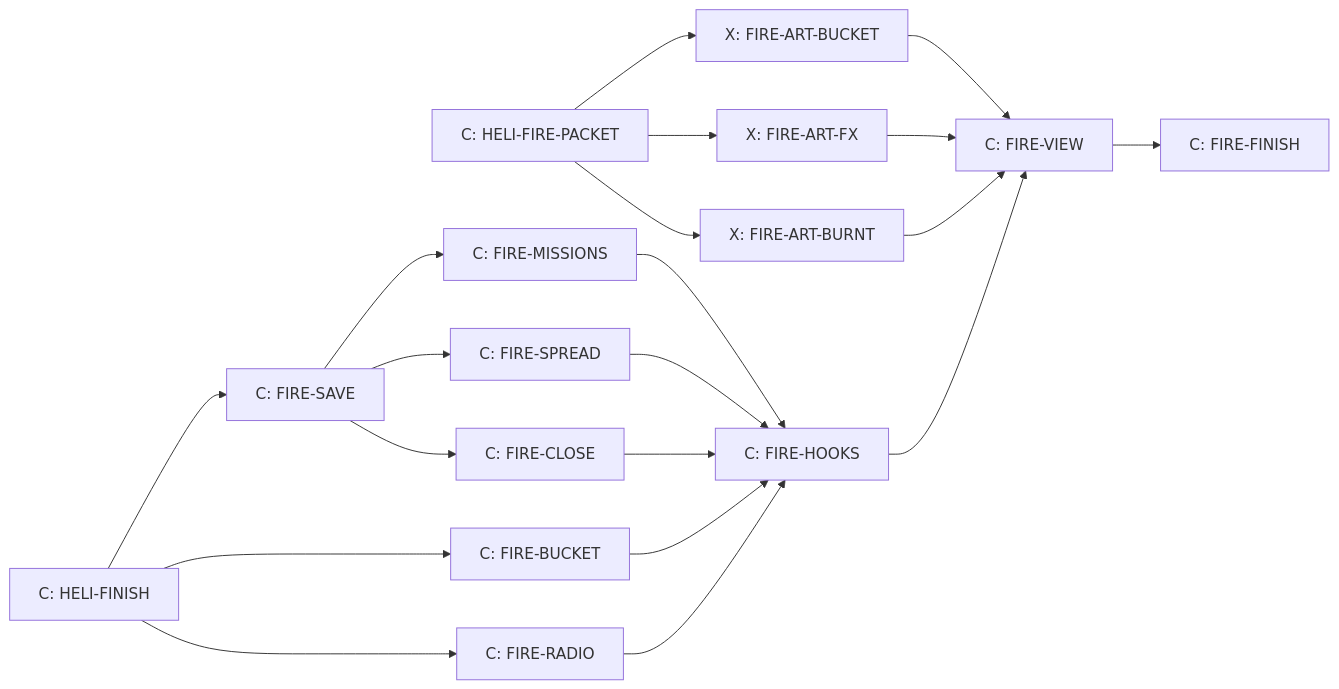
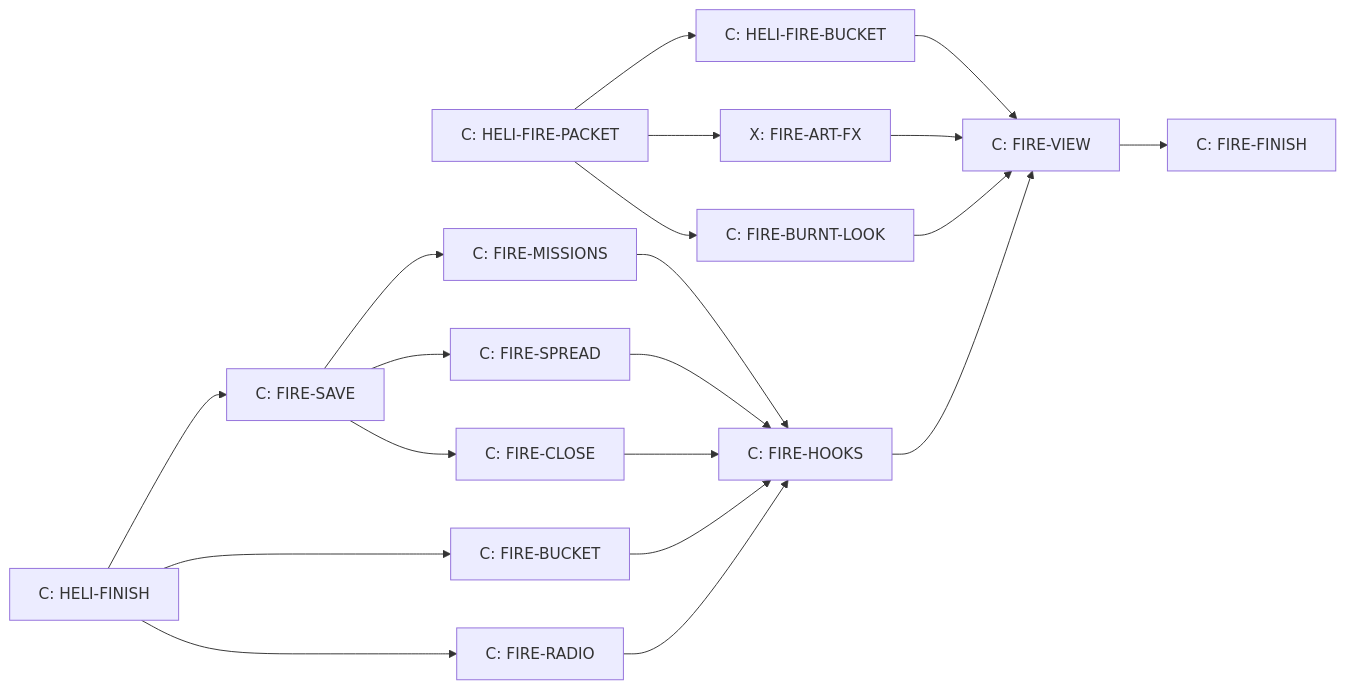
The diagram in docs/HELI_FIRE.md (Dukes0O/the-duel-remake), drawn with Mermaid before and after one commit. The commit also changed other lines of this file and 6 other files, not shown here.

First line of the commit message:
HELI-FIRE-PACKET: the bucket and the burnt look become Claude Blender cards

````diff
--- a/docs/HELI_FIRE.md
+++ b/docs/HELI_FIRE.md
@@ -573,15 +579,15 @@
 ```mermaid
 flowchart LR
-  P[C: HELI-FIRE-PACKET] --> AB[X: FIRE-ART-BUCKET]
+  P[C: HELI-FIRE-PACKET] --> AB[C: HELI-FIRE-BUCKET]
   P --> AF[X: FIRE-ART-FX]
-  P --> AR[X: FIRE-ART-BURNT]
+  P --> AR[C: FIRE-BURNT-LOOK]
   HF[C: HELI-FINISH] --> SV[C: FIRE-SAVE]
   HF --> BK[C: FIRE-BUCKET]
   HF --> RD[C: FIRE-RADIO]
   SV --> MS[C: FIRE-MISSIONS]
   SV --> SP[C: FIRE-SPREAD]
   SV --> CL[C: FIRE-CLOSE]
   MS & SP & BK & RD & CL --> HK[C: FIRE-HOOKS]
   HK & AB & AF & AR --> VW[C: FIRE-VIEW]
   VW --> FN[C: FIRE-FINISH]
 ```
````
